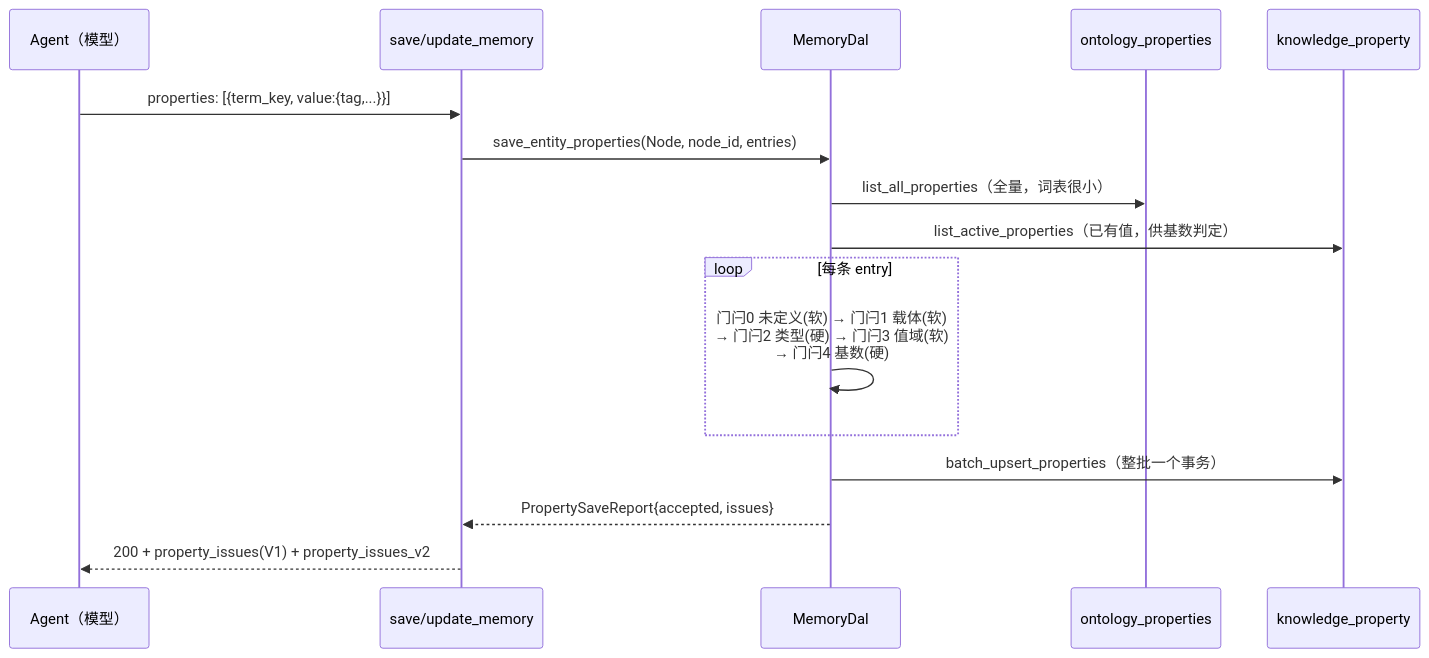
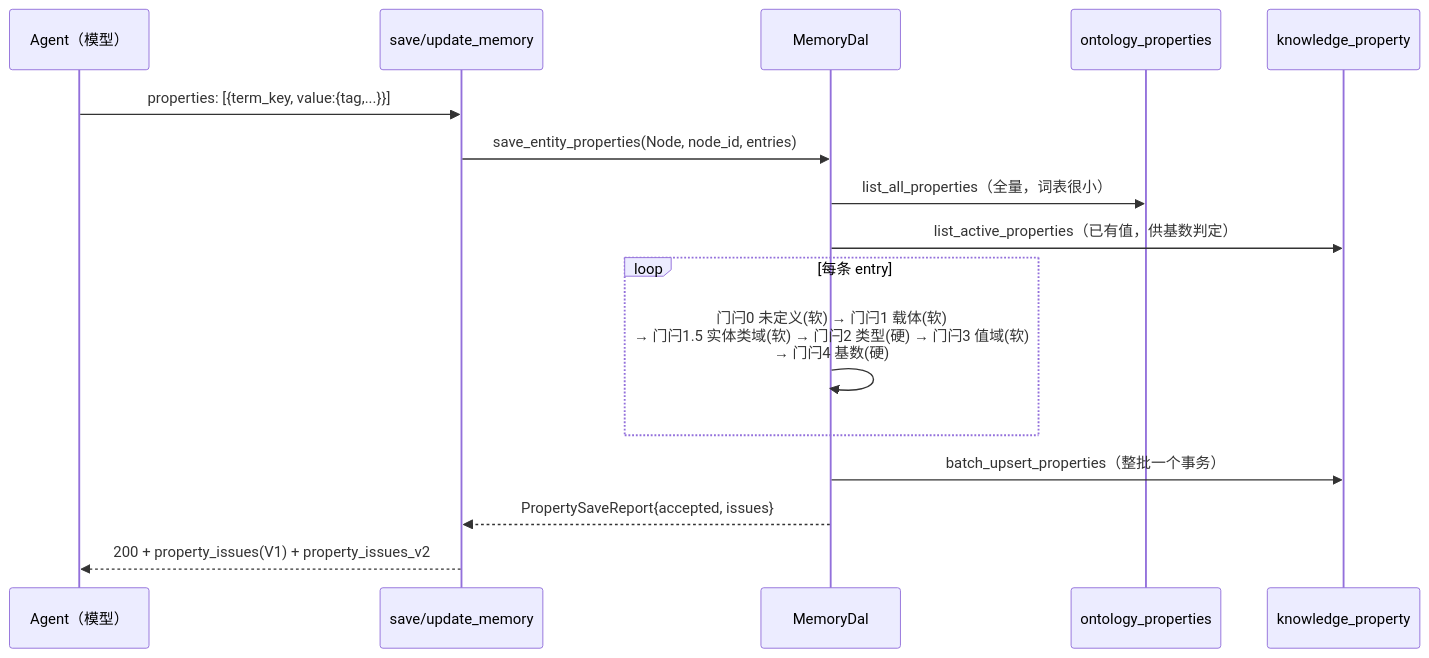
Before and after one commit to runningcoders/ai_orz: the second of 3 diagrams in docs/wiki/zh/content/功能模块/知识图谱管理/本体属性管理.md, drawn with Mermaid. The commit also changed other lines of this file and 13 other files, not shown here.

````diff
--- a/docs/wiki/zh/content/功能模块/知识图谱管理/本体属性管理.md
+++ b/docs/wiki/zh/content/功能模块/知识图谱管理/本体属性管理.md
@@ -147,18 +147,18 @@
 ```mermaid
 sequenceDiagram
     participant M as Agent（模型）
     participant H as save/update_memory
     participant DAL as MemoryDal
     participant DEF as ontology_properties
     participant VAL as knowledge_property
     M->>H: properties: [{term_key, value:{tag,...}}]
     H->>DAL: save_entity_properties(Node, node_id, entries)
     DAL->>DEF: list_all_properties（全量，词表很小）
     DAL->>VAL: list_active_properties（已有值，供基数判定）
     loop 每条 entry
-        DAL->>DAL: 门闩0 未定义(软) → 门闩1 载体(软)<br/>→ 门闩2 类型(硬) → 门闩3 值域(软)<br/>→ 门闩4 基数(硬)
+        DAL->>DAL: 门闩0 未定义(软) → 门闩1 载体(软)<br/>→ 门闩1.5 实体类域(软) → 门闩2 类型(硬) → 门闩3 值域(软)<br/>→ 门闩4 基数(硬)
     end
     DAL->>VAL: batch_upsert_properties（整批一个事务）
     DAL-->>H: PropertySaveReport{accepted, issues}
     H-->>M: 200 + property_issues(V1) + property_issues_v2
 ```
````
